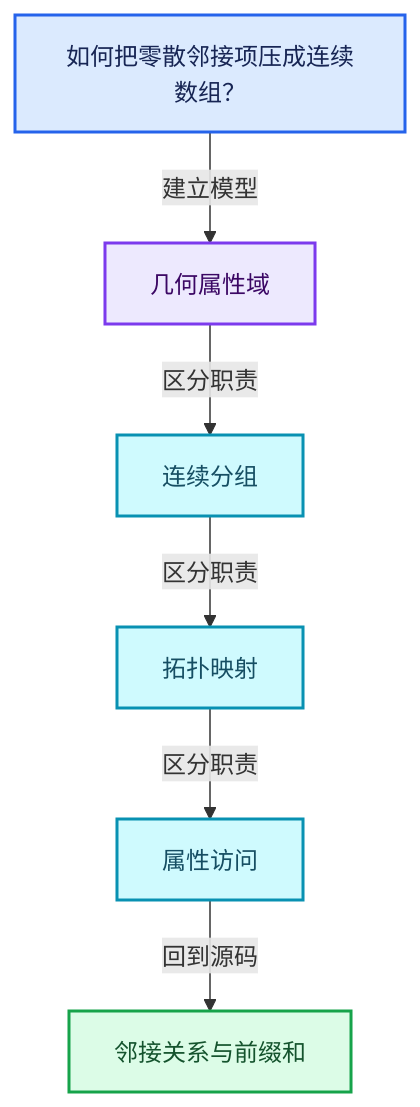
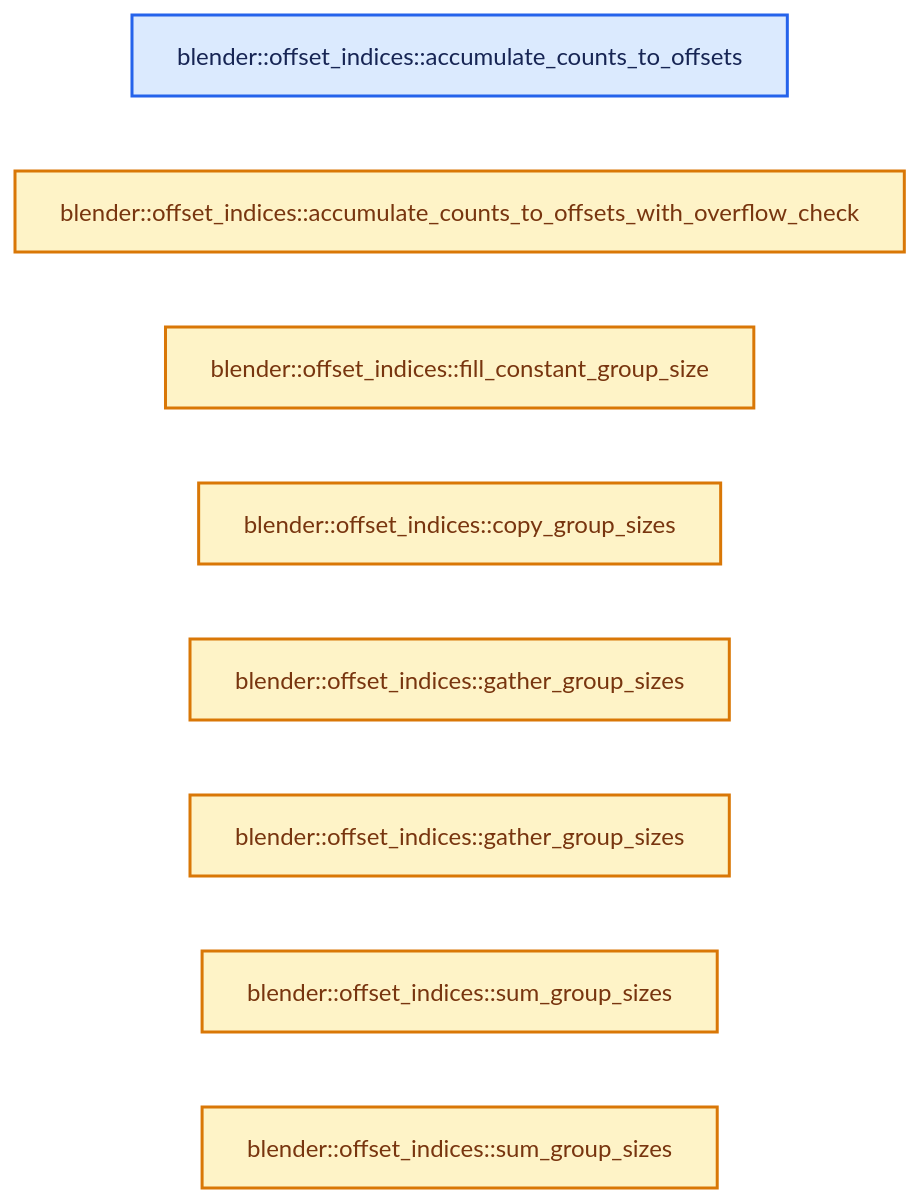
Before and after one commit to yunkezengren/blender-.vscode: the second of 4 diagrams in 杂/markdown/全面学习-codex/05-几何存储与拓扑映射/05-邻接关系与前缀和.md, drawn with Mermaid. The commit also changed other lines of this file and 1930 other files, not shown here.

````diff
--- a/杂/markdown/全面学习-codex/05-几何存储与拓扑映射/05-邻接关系与前缀和.md
+++ b/杂/markdown/全面学习-codex/05-几何存储与拓扑映射/05-邻接关系与前缀和.md
@@ -60,20 +46,17 @@
 ```mermaid
-flowchart TB
-  Q["如何把零散邻接项压成连续数组？"]:::input
-  C0["几何属性域"]:::abstraction
-  C1["连续分组"]:::data
-  C2["拓扑映射"]:::data
-  C3["属性访问"]:::data
-  R["邻接关系与前缀和"]:::result
-  Q -->|"建立模型"| C0
-  C0 -->|"区分职责"| C1
-  C1 -->|"区分职责"| C2
-  C2 -->|"区分职责"| C3
-  C3 -->|"回到源码"| R
+flowchart LR
+  F0["blender::offset_indices::accumulate_counts_to_offsets"]:::input
+  F1["blender::offset_indices::accumulate_counts_to_offsets_with_overflow_check"]:::compute
+  F2["blender::offset_indices::fill_constant_group_size"]:::compute
+  F3["blender::offset_indices::copy_group_sizes"]:::compute
+  F4["blender::offset_indices::gather_group_sizes"]:::compute
+  F5["blender::offset_indices::gather_group_sizes"]:::compute
+  F6["blender::offset_indices::sum_group_sizes"]:::compute
+  F7["blender::offset_indices::sum_group_sizes"]:::compute
   classDef input fill:#DBEAFE,stroke:#2563EB,color:#172554,stroke-width:2px;
   classDef data fill:#CFFAFE,stroke:#0891B2,color:#164E63,stroke-width:2px;
   classDef abstraction fill:#EDE9FE,stroke:#7C3AED,color:#3B0764,stroke-width:2px;
   classDef compute fill:#FEF3C7,stroke:#D97706,color:#78350F,stroke-width:2px;
   classDef result fill:#DCFCE7,stroke:#16A34A,color:#14532D,stroke-width:2px;
   classDef error fill:#FEE2E2,stroke:#DC2626,color:#7F1D1D,stroke-width:2px;
 ```
````
